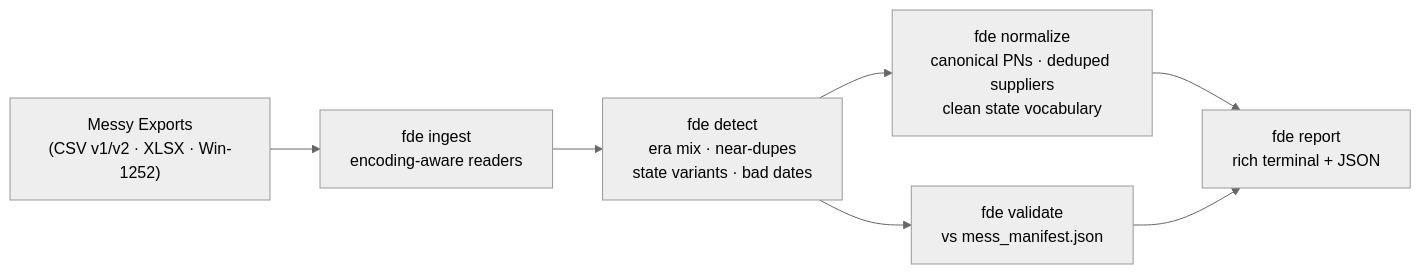
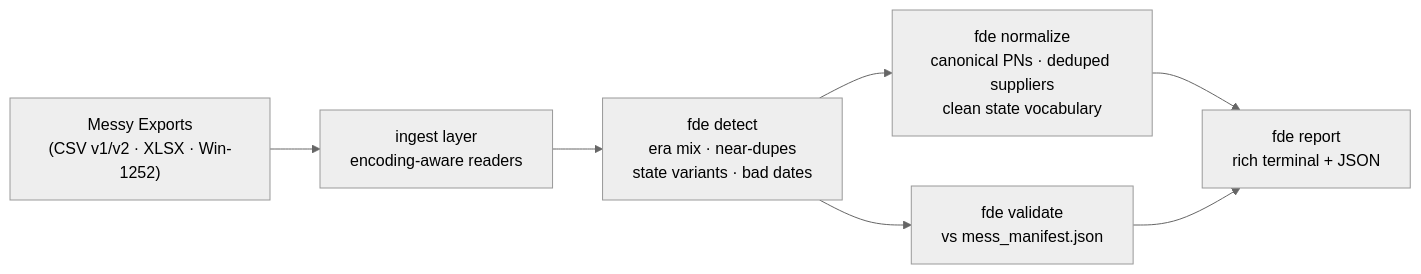
Before and after one commit to RedBeret/fde-data-forge: the diagram in README.md, drawn with Mermaid (neutral theme). The commit also changed other lines of this file and 7 other files, not shown here.

````diff
--- a/README.md
+++ b/README.md
@@ -21,10 +19,10 @@
 ```mermaid
 graph LR
     Raw["Messy Exports<br>(CSV v1/v2 · XLSX · Win-1252)"]
-    Raw --> Ingest["fde ingest<br>encoding-aware readers"]
+    Raw --> Ingest["ingest layer<br>encoding-aware readers"]
     Ingest --> Detect["fde detect<br>era mix · near-dupes<br>state variants · bad dates"]
     Detect --> Normalize["fde normalize<br>canonical PNs · deduped suppliers<br>clean state vocabulary"]
     Detect --> Validate["fde validate<br>vs mess_manifest.json"]
     Normalize --> Report["fde report<br>rich terminal + JSON"]
     Validate --> Report
 ```
````
